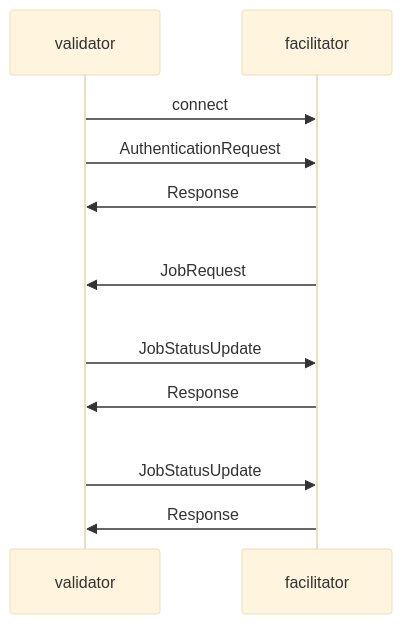
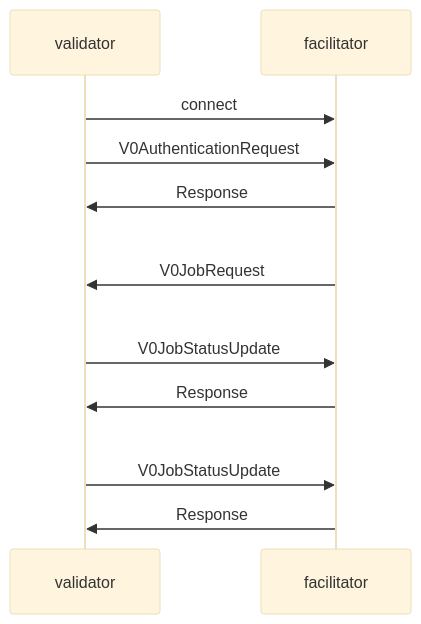
The diagram in facilitator-protocol.md (backend-developers-ltd/ComputeHorde), drawn with Mermaid (base theme) before and after one commit. The commit also changed other lines of this file, not shown here.

````diff
--- a/facilitator-protocol.md
+++ b/facilitator-protocol.md
@@ -18,16 +18,16 @@
 ```mermaid
 sequenceDiagram
     participant validator
     participant facilitator
 
     validator->>facilitator: connect
-    validator->>facilitator: AuthenticationRequest
+    validator->>facilitator: V0AuthenticationRequest
     facilitator->>validator: Response
 
-    facilitator->>validator: <br/><br/>JobRequest
+    facilitator->>validator: <br/><br/>V0JobRequest
 
-    validator->>facilitator: <br/><br/>JobStatusUpdate
+    validator->>facilitator: <br/><br/>V0JobStatusUpdate
     facilitator->>validator: Response
-    validator->>facilitator: <br/><br/>JobStatusUpdate
+    validator->>facilitator: <br/><br/>V0JobStatusUpdate
     facilitator->>validator: Response
 ```
````
